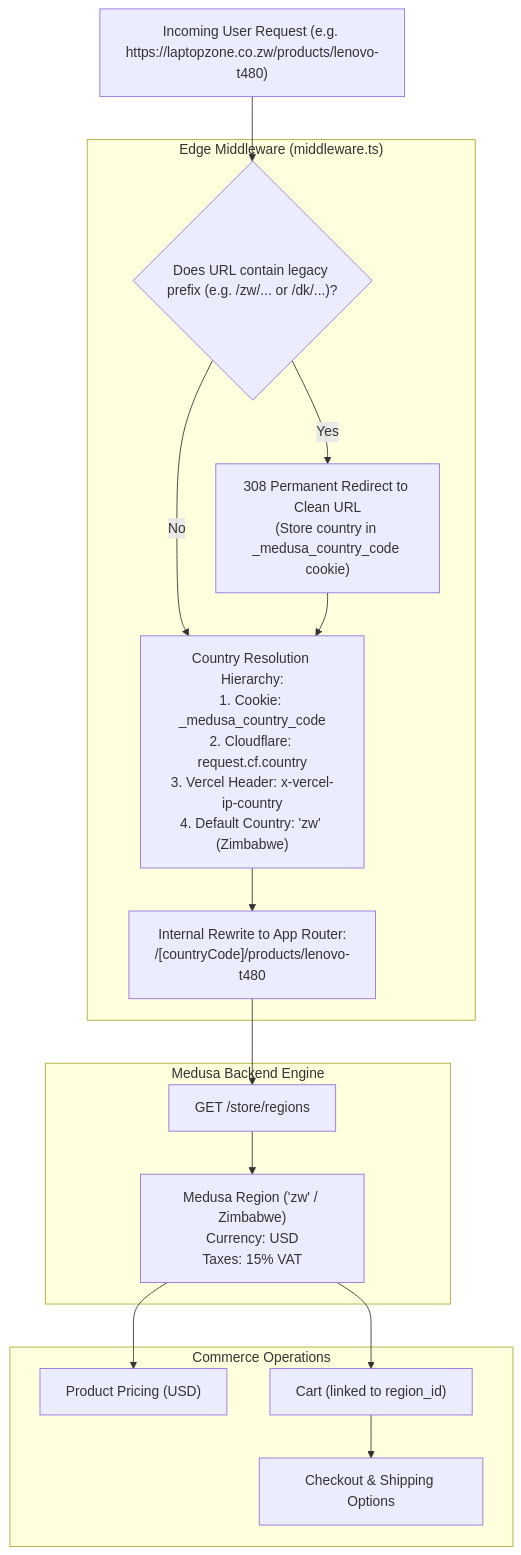
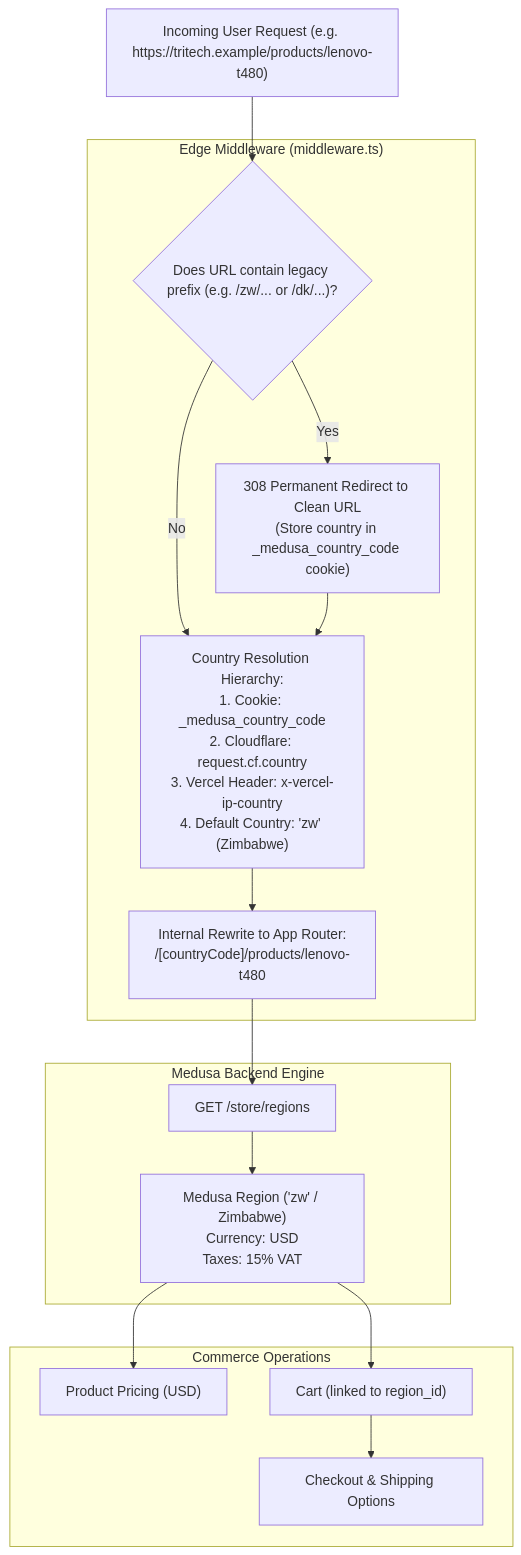
The diagram in docs/location/country-and-location.md (dzapengagodwin/TriSolar), drawn with Mermaid before and after one commit. The commit also changed other lines of this file and 137 other files, not shown here.

Commit message:
Merge branch 'main' of https://github.com/dzapengagodwin/TriSolar into feat/tritech-hybrid-storefront

````diff
--- a/docs/location/country-and-location.md
+++ b/docs/location/country-and-location.md
@@ -11,33 +11,33 @@
 ```mermaid
 flowchart TD
-    UserRequest["Incoming User Request (e.g. https://laptopzone.co.zw/products/lenovo-t480)"]
+    UserRequest["Incoming User Request (e.g. https://tritech.example/products/lenovo-t480)"]
     
     subgraph EdgeMiddleware["Edge Middleware (middleware.ts)"]
         CheckLegacyPrefix{"Does URL contain legacy prefix (e.g. /zw/... or /dk/...)?\n"}
         RedirectClean["308 Permanent Redirect to Clean URL\n(Store country in _medusa_country_code cookie)"]
         ResolveCountry["Country Resolution Hierarchy:\n1. Cookie: _medusa_country_code\n2. Cloudflare: request.cf.country\n3. Vercel Header: x-vercel-ip-country\n4. Default Country: 'zw' (Zimbabwe)"]
         InternalRewrite["Internal Rewrite to App Router:\n/[countryCode]/products/lenovo-t480"]
     end
 
     subgraph MedusaBackend["Medusa Backend Engine"]
         RegionAPI["GET /store/regions"]
         RegionEntity["Medusa Region ('zw' / Zimbabwe)\nCurrency: USD\nTaxes: 15% VAT"]
     end
 
     subgraph CommerceScope["Commerce Operations"]
         PricedCatalog["Product Pricing (USD)"]
         Cart["Cart (linked to region_id)"]
         CheckoutFlow["Checkout & Shipping Options"]
     end
 
     UserRequest --> CheckLegacyPrefix
     CheckLegacyPrefix -->|Yes| RedirectClean
     CheckLegacyPrefix -->|No| ResolveCountry
     RedirectClean --> ResolveCountry
     ResolveCountry --> InternalRewrite
     InternalRewrite --> RegionAPI
     RegionAPI --> RegionEntity
     RegionEntity --> PricedCatalog
     RegionEntity --> Cart
     Cart --> CheckoutFlow
 ```
````
